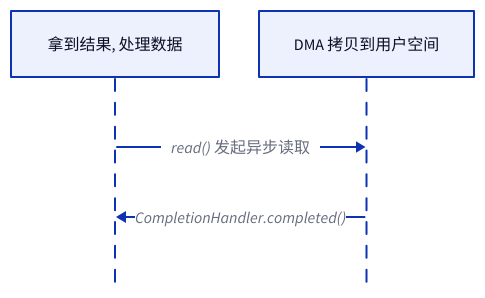
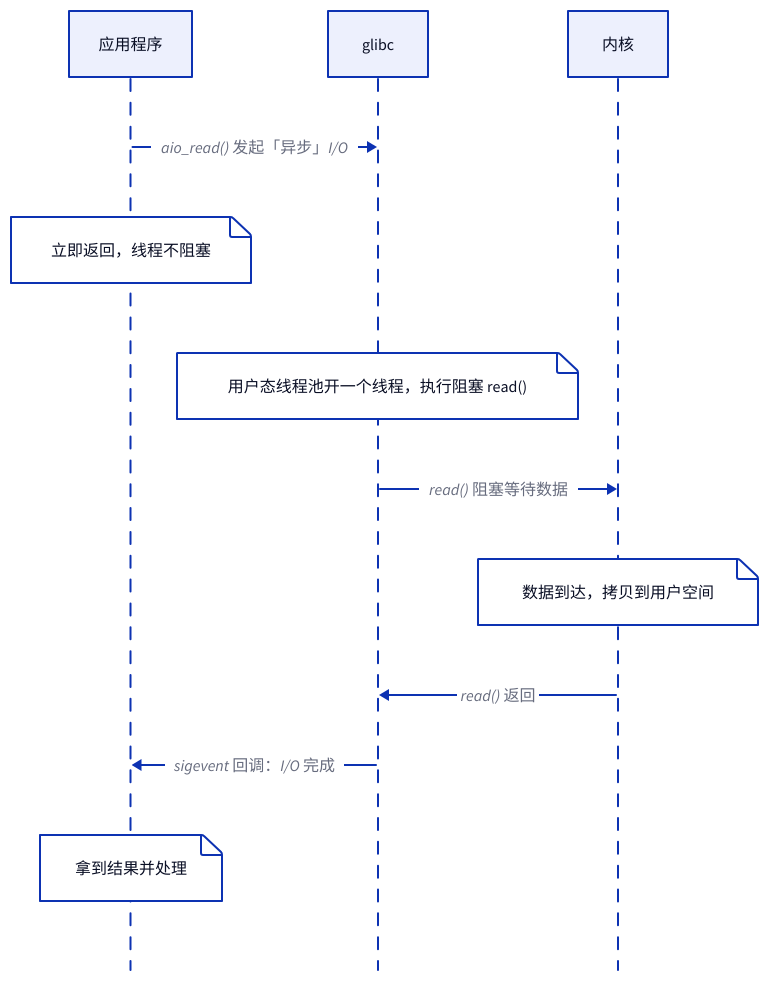
One commit to zhleeo/zlab changed the diagram in diagrams/aio-sequence.d2. Above: the diagram before and after it, drawn with D2. The commit also changed 11 other files, not shown here.

```diff
--- a/diagrams/aio-sequence.d2
+++ b/diagrams/aio-sequence.d2
@@ -1,9 +1,11 @@
-# AIO 异步 I/O 时序
+# POSIX AIO 异步 I/O 时序
 shape: sequence_diagram
 
-应用程序 -> 内核: read() 发起异步读取
-应用程序: 立即返回 (线程不阻塞)
-内核: 等待网络数据到达
-内核: DMA 拷贝到用户空间
-内核 -> 应用程序: CompletionHandler.completed()
-应用程序: 拿到结果, 处理数据
+应用程序 -> glibc: aio_read() 发起「异步」I/O
+应用程序.return: 立即返回，线程不阻塞
+glibc.pool: 用户态线程池开一个线程，执行阻塞 read()
+glibc -> 内核: read() 阻塞等待数据
+内核.arrive: 数据到达，拷贝到用户空间
+内核 -> glibc: read() 返回
+glibc -> 应用程序: sigevent 回调：I/O 完成
+应用程序.done: 拿到结果并处理
```
